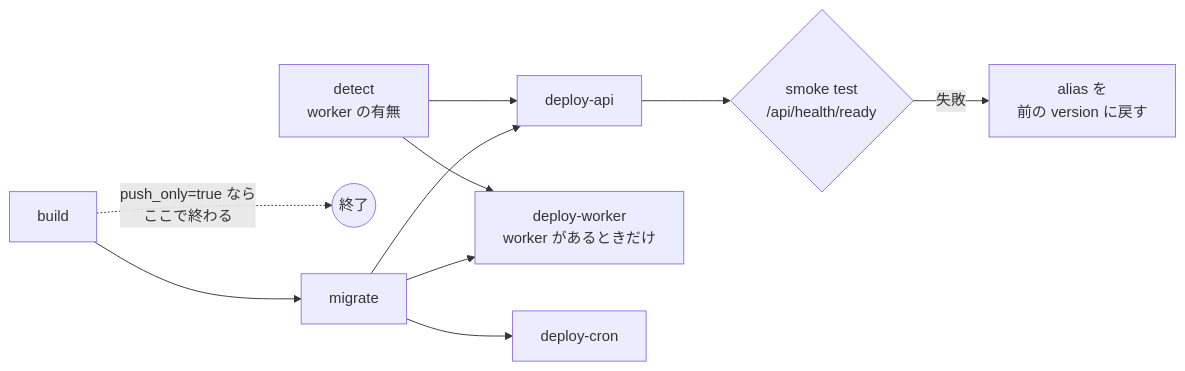
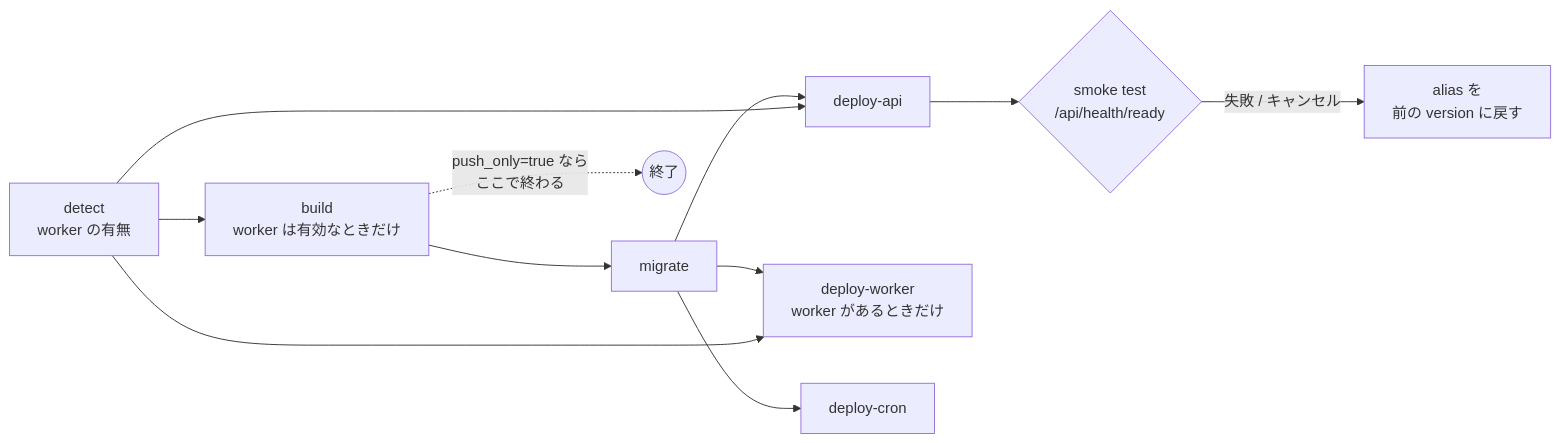
The diagram in docs/spec/minimal-deploy/tasks/step4-ci-deploy-min.md (kentakki416/project-template), drawn with Mermaid before and after one commit. The commit also changed other lines of this file and 2 other files, not shown here.

````diff
--- a/docs/spec/minimal-deploy/tasks/step4-ci-deploy-min.md
+++ b/docs/spec/minimal-deploy/tasks/step4-ci-deploy-min.md
@@ -13,12 +13,13 @@
 ```mermaid
 flowchart LR
-    B[build] --> M[migrate]
+    D[detect<br/>worker の有無] --> B[build<br/>worker は有効なときだけ]
+    B --> M[migrate]
     B -. push_only=true なら<br/>ここで終わる .-> X((終了))
     M --> A[deploy-api]
     M --> W[deploy-worker<br/>worker があるときだけ]
     M --> C[deploy-cron]
-    D[detect<br/>worker の有無] --> A
+    D --> A
     D --> W
     A --> S{smoke test<br/>/api/health/ready}
-    S -- 失敗 --> R[alias を<br/>前の version に戻す]
+    S -- 失敗 / キャンセル --> R[alias を<br/>前の version に戻す]
 ```
````
